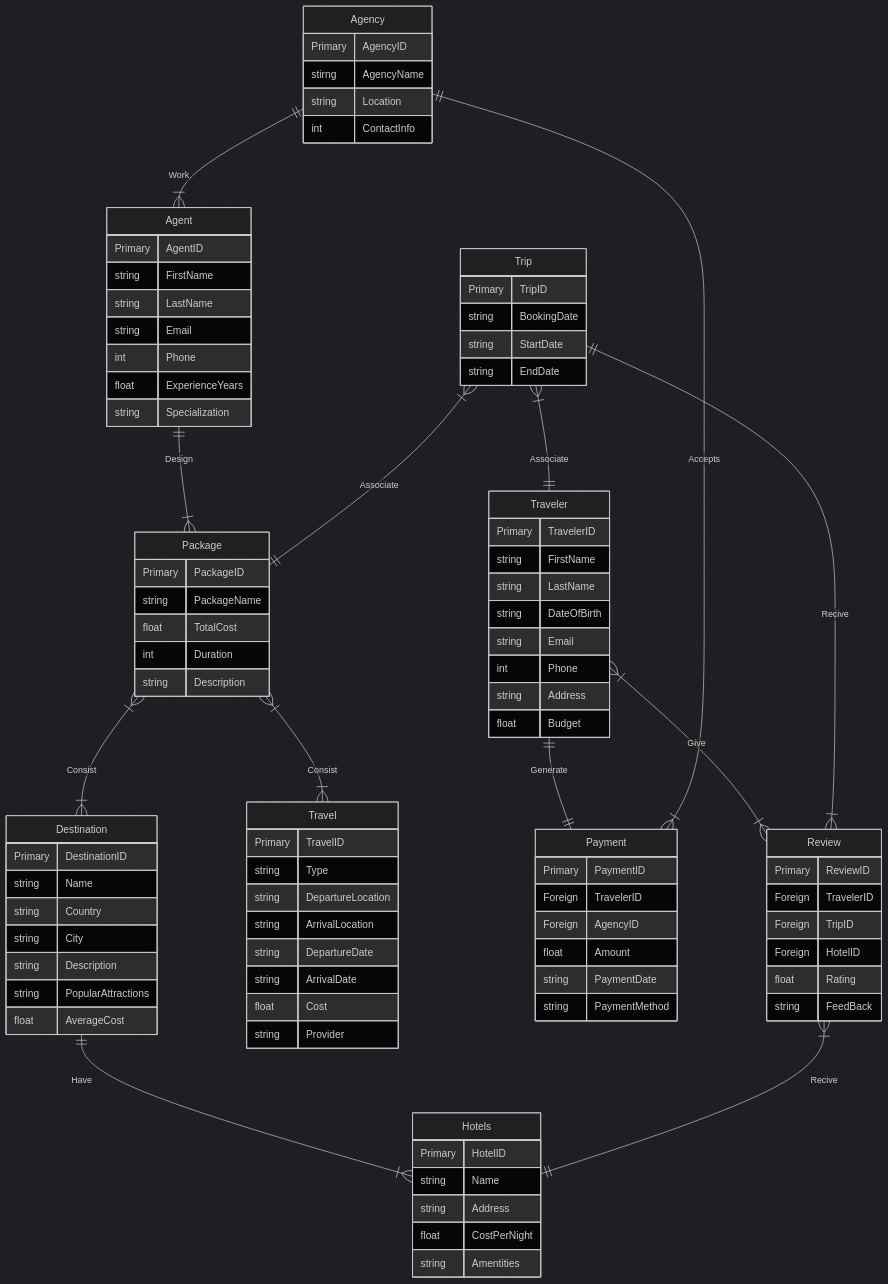
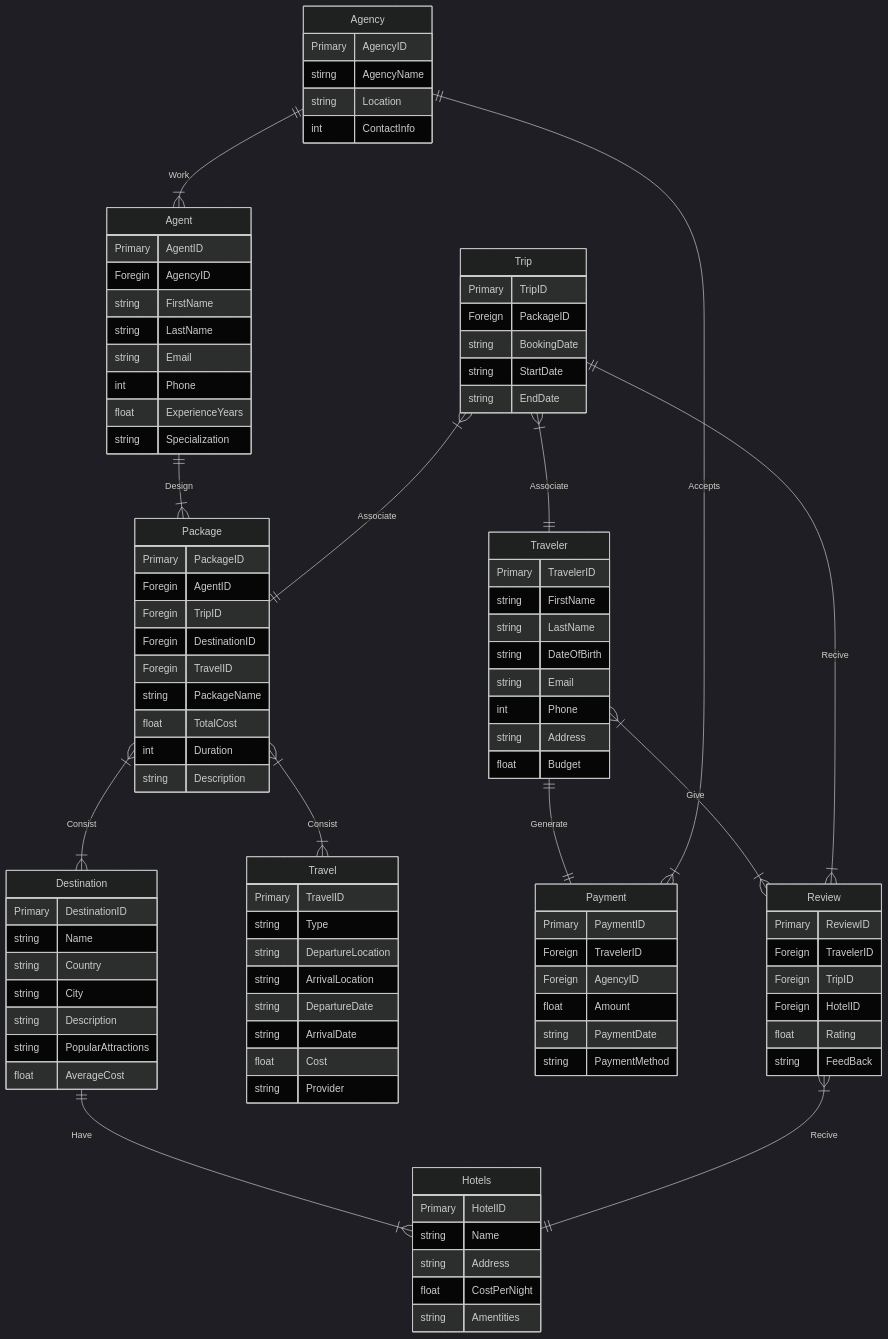
The first of 2 diagrams in DatabaseDesign.qmd (cmsc-vcu/cmsc508-fa2023-prj-traveldatabase-group), drawn with Mermaid (dark theme) before and after one commit. The commit also changed other lines of this file, not shown here.

```diff
--- a/DatabaseDesign.qmd
+++ b/DatabaseDesign.qmd
@@ -118,6 +118,7 @@
 
 Agent{
     Primary AgentID
+    Foregin AgencyID
     string FirstName
     string LastName
     string Email
@@ -164,6 +165,10 @@
 
 Package{
     Primary PackageID
+    Foregin AgentID
+    Foregin TripID
+    Foregin DestinationID
+    Foregin TravelID
     string PackageName
     float TotalCost
     int Duration
@@ -172,6 +177,7 @@
 
 Trip{
     Primary TripID
+    Foreign PackageID
     string BookingDate
     string StartDate
     string EndDate
```
